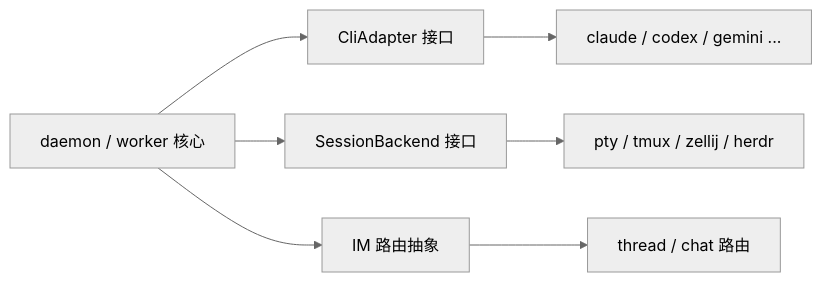
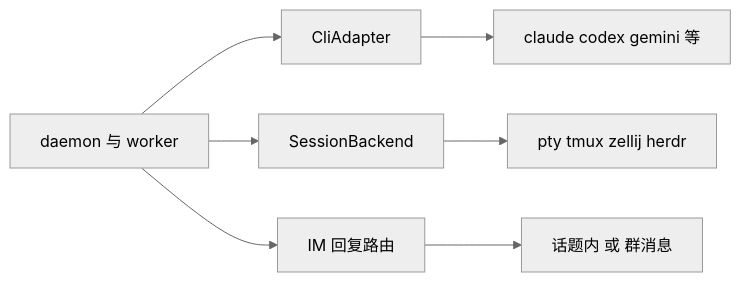
Before and after one commit to diguike/book-source-reading: the third of 8 diagrams in book/05-botmux.md, drawn with Mermaid (neutral theme). The commit also changed other lines of this file and 14 other files, not shown here.

````diff
--- a/book/05-botmux.md
+++ b/book/05-botmux.md
@@ -220,9 +167,9 @@
 ```mermaid
 graph LR
-    Core[daemon / worker 核心] --> A[CliAdapter 接口]
-    Core --> B[SessionBackend 接口]
-    Core --> C[IM 路由抽象]
-    A --> A1[claude / codex / gemini ...]
-    B --> B1[pty / tmux / zellij / herdr]
-    C --> C1[thread / chat 路由]
+    Core[daemon 与 worker] --> A[CliAdapter]
+    Core --> B[SessionBackend]
+    Core --> C[IM 回复路由]
+    A --> A1[claude codex gemini 等]
+    B --> B1[pty tmux zellij herdr]
+    C --> C1[话题内 或 群消息]
 ```
````
